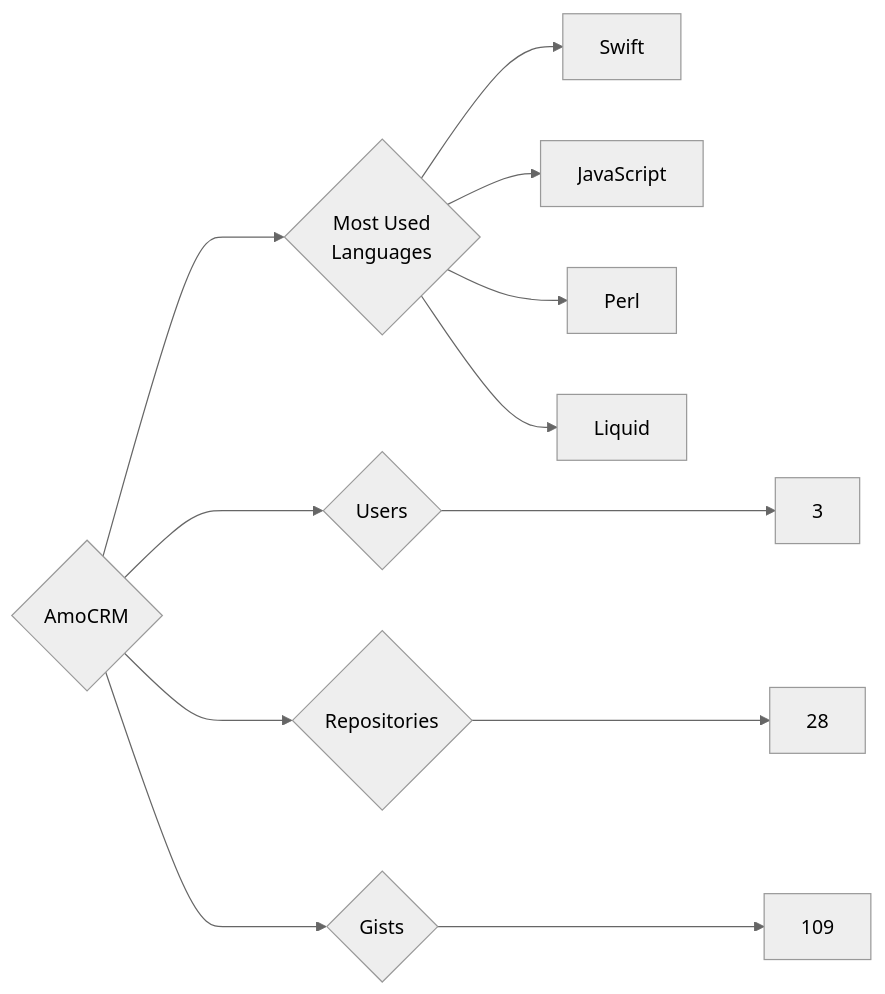
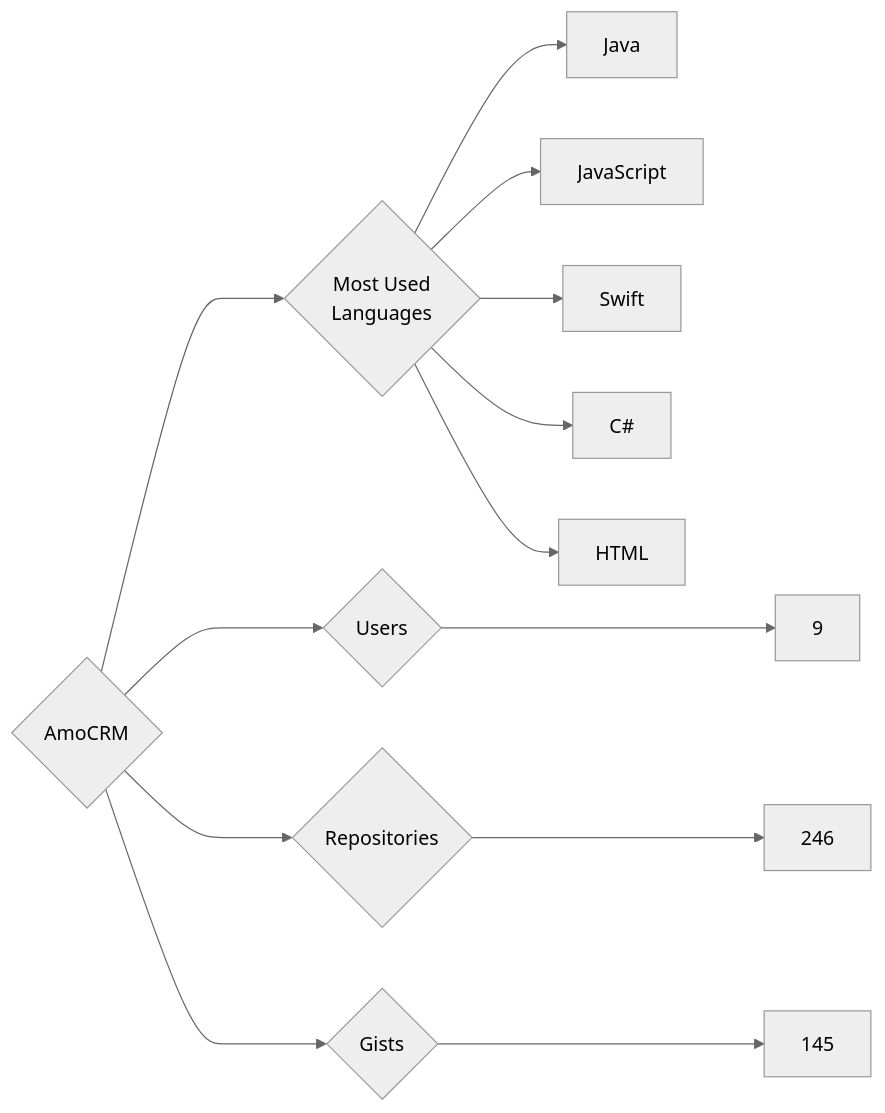
The diagram in targets/AmoCRM/README.md (trickest/insiders), drawn with Mermaid (neutral theme) before and after one commit. The commit also changed 736 other files, not shown here.

````diff
--- a/targets/AmoCRM/README.md
+++ b/targets/AmoCRM/README.md
@@ -3,12 +3,13 @@
 ```mermaid
 graph LR
 COMPANY_NAME{AmoCRM}
-COMPANY_NAME ---> U{Users} ---> UN[3]
-COMPANY_NAME ---> R{Repositories} ---> RN[28]
-COMPANY_NAME ---> G{Gists} ---> GN[109]
+COMPANY_NAME ---> U{Users} ---> UN[9]
+COMPANY_NAME ---> R{Repositories} ---> RN[246]
+COMPANY_NAME ---> G{Gists} ---> GN[145]
 COMPANY_NAME ---> ML{Most Used<br>Languages}
+ML --> Java[Java]
+ML --> JavaScript[JavaScript]
 ML --> Swift[Swift]
-ML --> JavaScript[JavaScript]
-ML --> Perl[Perl]
-ML --> Liquid[Liquid]
+ML --> C#[C#]
+ML --> HTML[HTML]
 ```
````
